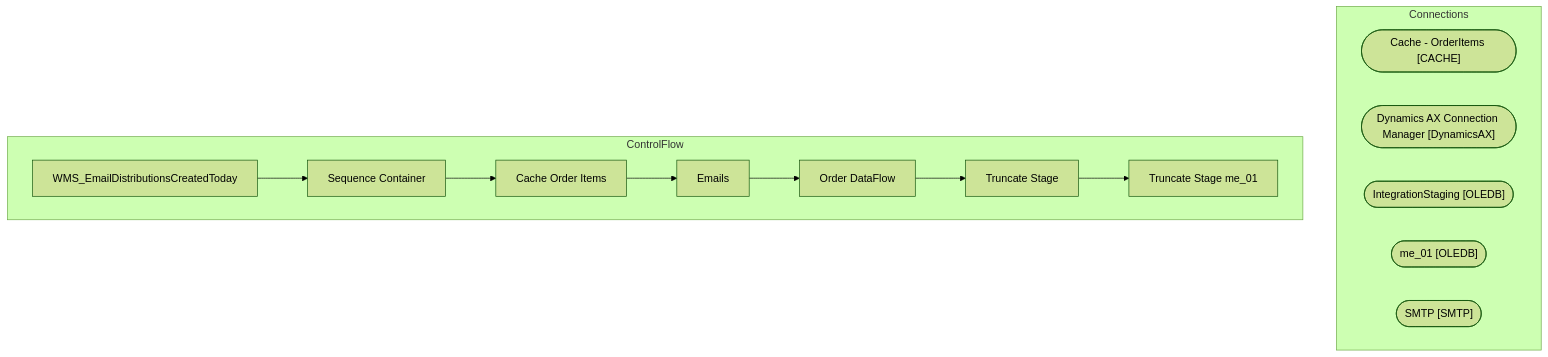
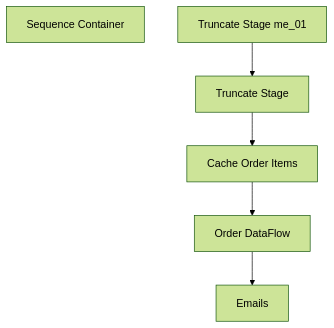
The diagram in bab-docs-explorer/Documentation/STL-SSIS-P-01/SSIS/WMS/WMS_EmailDistributionsCreatedToday.WMS_EmailDistributionsCreatedToday.md (juanandresbrain/BABSkills), drawn with Mermaid (forest theme) before and after one commit. The commit also changed other lines of this file and 273 other files, not shown here.

````diff
--- a/bab-docs-explorer/Documentation/STL-SSIS-P-01/SSIS/WMS/WMS_EmailDistributionsCreatedToday.WMS_EmailDistributionsCreatedToday.md
+++ b/bab-docs-explorer/Documentation/STL-SSIS-P-01/SSIS/WMS/WMS_EmailDistributionsCreatedToday.WMS_EmailDistributionsCreatedToday.md
@@ -9,25 +42,13 @@
 ```mermaid
 flowchart TD
-    subgraph Connections
-        Cache___OrderItems_conn(["Cache - OrderItems [CACHE]"])
-        Dynamics_AX_Connection_Manager_conn(["Dynamics AX Connection Manager [DynamicsAX]"])
-        IntegrationStaging_conn(["IntegrationStaging [OLEDB]"])
-        me_01_conn(["me_01 [OLEDB]"])
-        SMTP_conn(["SMTP [SMTP]"])
-    end
-    subgraph ControlFlow
-        WMS_EmailDistributionsCreatedToday_task["WMS_EmailDistributionsCreatedToday"]
-        Sequence_Container_task["Sequence Container"]
-        WMS_EmailDistributionsCreatedToday_task --> Sequence_Container_task
-        Cache_Order_Items_task["Cache Order Items"]
-        Sequence_Container_task --> Cache_Order_Items_task
-        Emails_task["Emails"]
-        Cache_Order_Items_task --> Emails_task
-        Order_DataFlow_task["Order DataFlow"]
-        Emails_task --> Order_DataFlow_task
-        Truncate_Stage_task["Truncate Stage"]
-        Order_DataFlow_task --> Truncate_Stage_task
-        Truncate_Stage_me_01_task["Truncate Stage me_01"]
-        Truncate_Stage_task --> Truncate_Stage_me_01_task
-    end
+    n_Package_Sequence_Container["Sequence Container"]
+    n_Package_Sequence_Container_Cache_Order_Items["Cache Order Items"]
+    n_Package_Sequence_Container_Emails["Emails"]
+    n_Package_Sequence_Container_Order_DataFlow["Order DataFlow"]
+    n_Package_Sequence_Container_Truncate_Stage["Truncate Stage"]
+    n_Package_Sequence_Container_Truncate_Stage_me_01["Truncate Stage me_01"]
+    n_Package_Sequence_Container_Truncate_Stage_me_01 --> n_Package_Sequence_Container_Truncate_Stage
+    n_Package_Sequence_Container_Cache_Order_Items --> n_Package_Sequence_Container_Order_DataFlow
+    n_Package_Sequence_Container_Order_DataFlow --> n_Package_Sequence_Container_Emails
+    n_Package_Sequence_Container_Truncate_Stage --> n_Package_Sequence_Container_Cache_Order_Items
 ```
````
